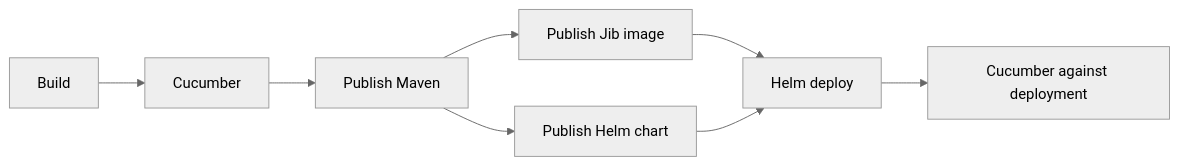
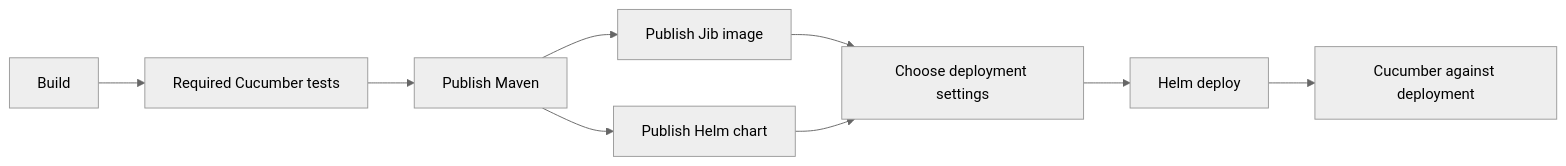
The diagram in README.md (woozer/ci-components), drawn with Mermaid (neutral theme) before and after one commit. The commit also changed other lines of this file and 15 other files, not shown here.

````diff
--- a/README.md
+++ b/README.md
@@ -7,10 +9,11 @@
 ```mermaid
 flowchart LR
-  B[Build] --> T[Cucumber]
+  B[Build] --> T[Required Cucumber tests]
   T --> M[Publish Maven]
   M --> I[Publish Jib image]
   M --> C[Publish Helm chart]
-  I --> D[Helm deploy]
-  C --> D
+  I --> S[Choose deployment settings]
+  C --> S
+  S --> D[Helm deploy]
   D --> V[Cucumber against deployment]
 ```
````
